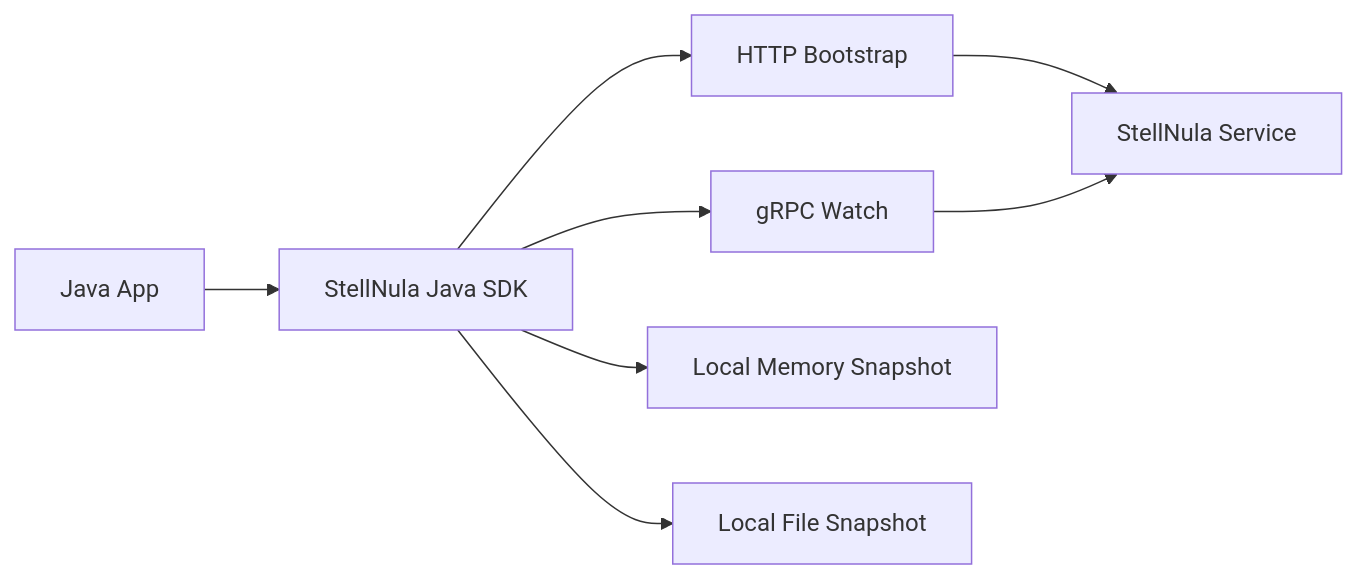
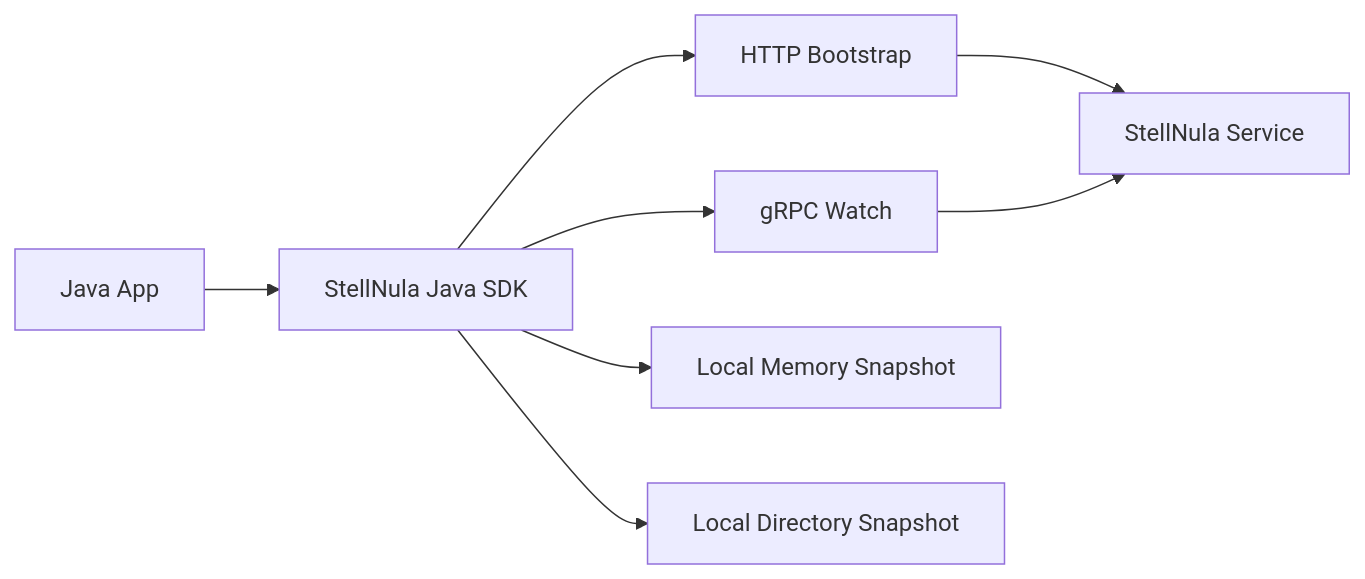
The diagram in README.md (stellhub/stellnula-java-sdk), drawn with Mermaid before and after one commit. The commit also changed other lines of this file and 4 other files, not shown here.

First line of the commit message:
feat(snapshot): persist config snapshots as local directories

````diff
--- a/README.md
+++ b/README.md
@@ -47,10 +47,10 @@
 ```mermaid
 flowchart LR
     App[Java App] --> SDK[StellNula Java SDK]
     SDK --> HTTP[HTTP Bootstrap]
     SDK --> Watch[gRPC Watch]
     SDK --> Memory[Local Memory Snapshot]
-    SDK --> File[Local File Snapshot]
+    SDK --> File[Local Directory Snapshot]
     HTTP --> Service[StellNula Service]
     Watch --> Service
 ```
````
